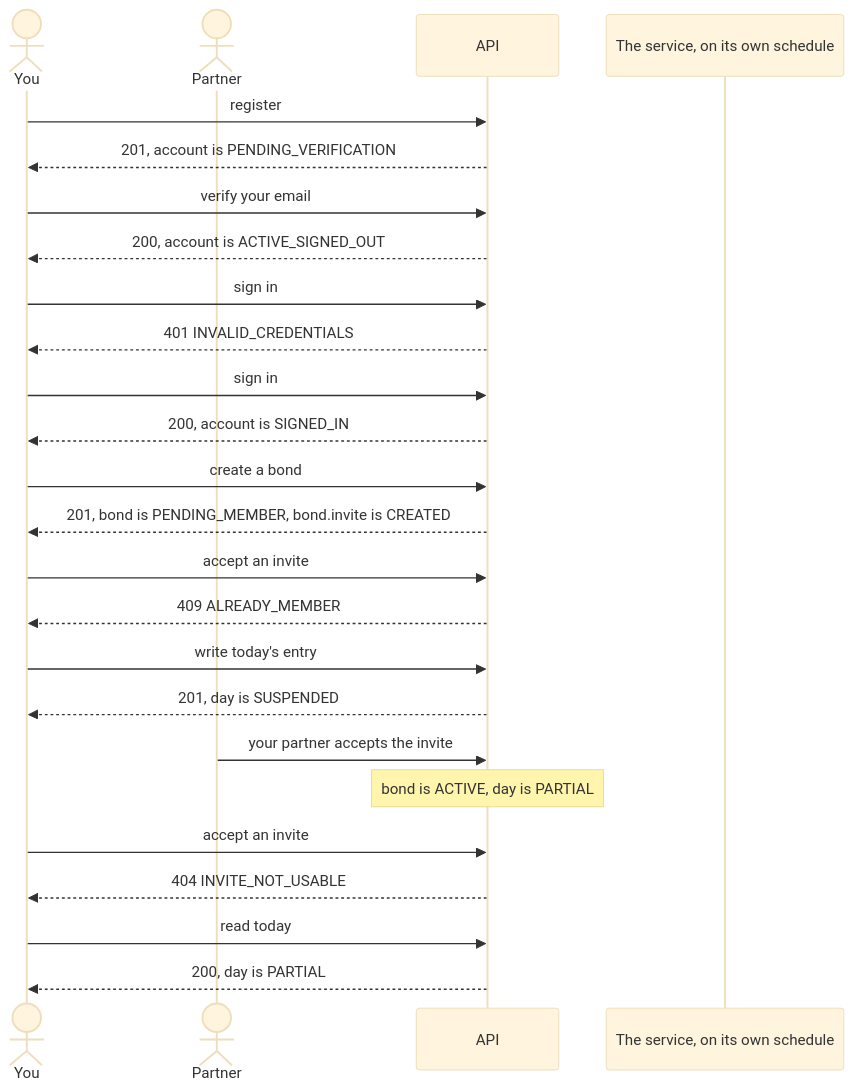
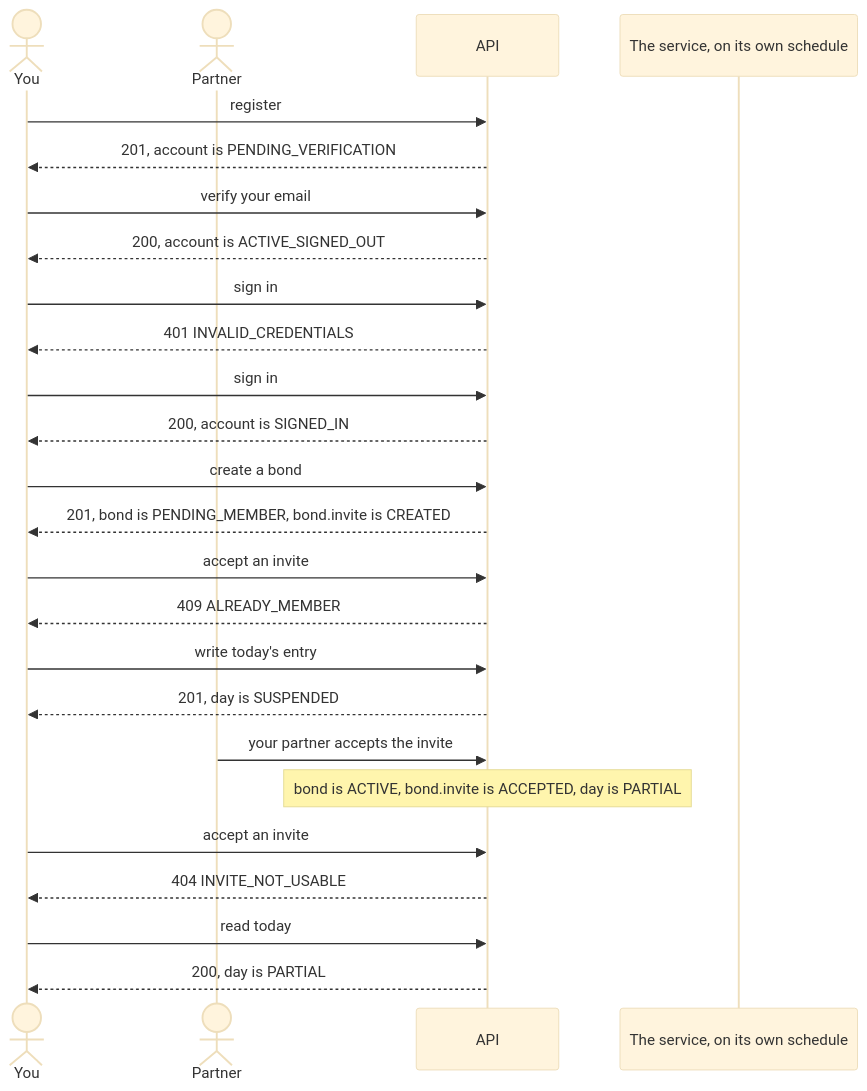
One commit to Ayodeji97/moyi-backend changed the first of 5 diagrams in docs/state-map/journeys.md. Above: the diagram before and after it, drawn with Mermaid (base theme). The commit also changed other lines of this file and 10 other files, not shown here.

Commit message:
fix(state-map): the day page says BOND_ARCHIVED; a countdown's first day; J1's invite

````diff
--- a/docs/state-map/journeys.md
+++ b/docs/state-map/journeys.md
@@ -22,27 +23,27 @@
 ```mermaid
 sequenceDiagram
     actor You
     actor Partner
     participant API
     participant Job as The service, on its own schedule
     You->>API: register
     API-->>You: 201, account is PENDING_VERIFICATION
     You->>API: verify your email
     API-->>You: 200, account is ACTIVE_SIGNED_OUT
     You->>API: sign in
     API-->>You: 401 INVALID_CREDENTIALS
     You->>API: sign in
     API-->>You: 200, account is SIGNED_IN
     You->>API: create a bond
     API-->>You: 201, bond is PENDING_MEMBER, bond.invite is CREATED
     You->>API: accept an invite
     API-->>You: 409 ALREADY_MEMBER
     You->>API: write today's entry
     API-->>You: 201, day is SUSPENDED
     Partner->>API: your partner accepts the invite
-    Note over API: bond is ACTIVE, day is PARTIAL
+    Note over API: bond is ACTIVE, bond.invite is ACCEPTED, day is PARTIAL
     You->>API: accept an invite
     API-->>You: 404 INVITE_NOT_USABLE
     You->>API: read today
     API-->>You: 200, day is PARTIAL
 ```
````
